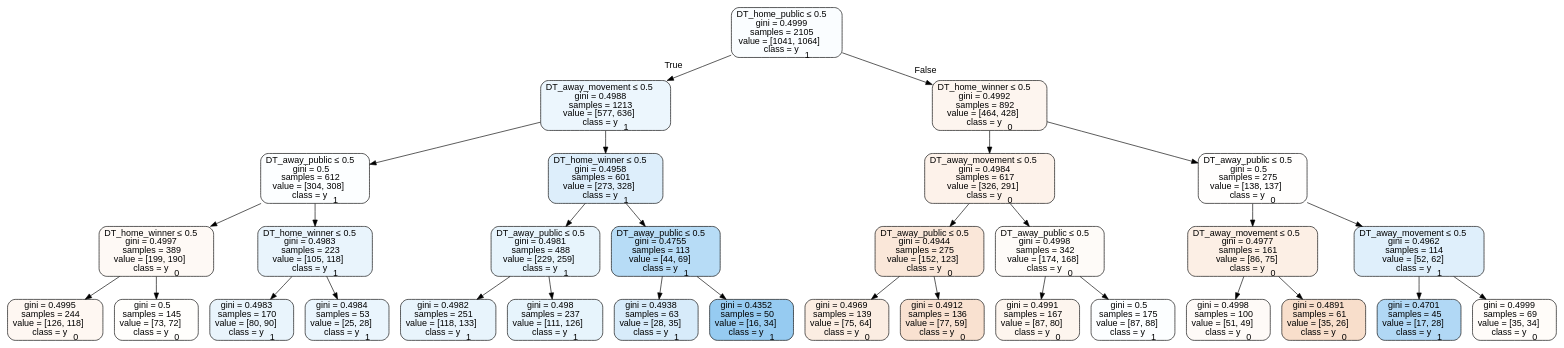
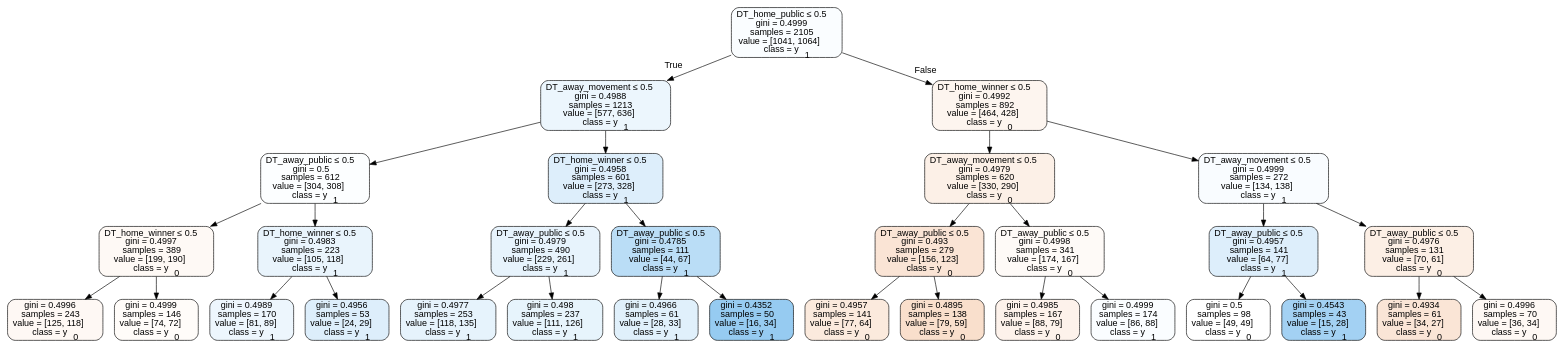
The diagram in tree_data/tree2017neutral.dot (usbogie/ncaa-bets), drawn with Graphviz before and after one commit. The commit also changed 27 other files, not shown here.

```diff
--- a/tree_data/tree2017neutral.dot
+++ b/tree_data/tree2017neutral.dot
@@ -1,65 +1,65 @@
 digraph Tree {
 node [shape=box, style="filled, rounded", color="black", fontname=helvetica] ;
 edge [fontname=helvetica] ;
 0 [label=<DT_home_public &le; 0.5<br/>gini = 0.4999<br/>samples = 2105<br/>value = [1041, 1064]<br/>class = y<SUB>1</SUB>>, fillcolor="#399de506"] ;
 1 [label=<DT_away_movement &le; 0.5<br/>gini = 0.4988<br/>samples = 1213<br/>value = [577, 636]<br/>class = y<SUB>1</SUB>>, fillcolor="#399de518"] ;
 0 -> 1 [labeldistance=2.5, labelangle=45, headlabel="True"] ;
 2 [label=<DT_away_public &le; 0.5<br/>gini = 0.5<br/>samples = 612<br/>value = [304, 308]<br/>class = y<SUB>1</SUB>>, fillcolor="#399de503"] ;
 1 -> 2 ;
 3 [label=<DT_home_winner &le; 0.5<br/>gini = 0.4997<br/>samples = 389<br/>value = [199, 190]<br/>class = y<SUB>0</SUB>>, fillcolor="#e581390c"] ;
 2 -> 3 ;
-4 [label=<gini = 0.4995<br/>samples = 244<br/>value = [126, 118]<br/>class = y<SUB>0</SUB>>, fillcolor="#e5813910"] ;
+4 [label=<gini = 0.4996<br/>samples = 243<br/>value = [125, 118]<br/>class = y<SUB>0</SUB>>, fillcolor="#e581390e"] ;
 3 -> 4 ;
-5 [label=<gini = 0.5<br/>samples = 145<br/>value = [73, 72]<br/>class = y<SUB>0</SUB>>, fillcolor="#e5813903"] ;
+5 [label=<gini = 0.4999<br/>samples = 146<br/>value = [74, 72]<br/>class = y<SUB>0</SUB>>, fillcolor="#e5813907"] ;
 3 -> 5 ;
 6 [label=<DT_home_winner &le; 0.5<br/>gini = 0.4983<br/>samples = 223<br/>value = [105, 118]<br/>class = y<SUB>1</SUB>>, fillcolor="#399de51c"] ;
 2 -> 6 ;
-7 [label=<gini = 0.4983<br/>samples = 170<br/>value = [80, 90]<br/>class = y<SUB>1</SUB>>, fillcolor="#399de51c"] ;
+7 [label=<gini = 0.4989<br/>samples = 170<br/>value = [81, 89]<br/>class = y<SUB>1</SUB>>, fillcolor="#399de517"] ;
 6 -> 7 ;
-8 [label=<gini = 0.4984<br/>samples = 53<br/>value = [25, 28]<br/>class = y<SUB>1</SUB>>, fillcolor="#399de51b"] ;
+8 [label=<gini = 0.4956<br/>samples = 53<br/>value = [24, 29]<br/>class = y<SUB>1</SUB>>, fillcolor="#399de52c"] ;
 6 -> 8 ;
 9 [label=<DT_home_winner &le; 0.5<br/>gini = 0.4958<br/>samples = 601<br/>value = [273, 328]<br/>class = y<SUB>1</SUB>>, fillcolor="#399de52b"] ;
 1 -> 9 ;
-10 [label=<DT_away_public &le; 0.5<br/>gini = 0.4981<br/>samples = 488<br/>value = [229, 259]<br/>class = y<SUB>1</SUB>>, fillcolor="#399de51e"] ;
+10 [label=<DT_away_public &le; 0.5<br/>gini = 0.4979<br/>samples = 490<br/>value = [229, 261]<br/>class = y<SUB>1</SUB>>, fillcolor="#399de51f"] ;
 9 -> 10 ;
-11 [label=<gini = 0.4982<br/>samples = 251<br/>value = [118, 133]<br/>class = y<SUB>1</SUB>>, fillcolor="#399de51d"] ;
+11 [label=<gini = 0.4977<br/>samples = 253<br/>value = [118, 135]<br/>class = y<SUB>1</SUB>>, fillcolor="#399de520"] ;
 10 -> 11 ;
 12 [label=<gini = 0.498<br/>samples = 237<br/>value = [111, 126]<br/>class = y<SUB>1</SUB>>, fillcolor="#399de51e"] ;
 10 -> 12 ;
-13 [label=<DT_away_public &le; 0.5<br/>gini = 0.4755<br/>samples = 113<br/>value = [44, 69]<br/>class = y<SUB>1</SUB>>, fillcolor="#399de55c"] ;
+13 [label=<DT_away_public &le; 0.5<br/>gini = 0.4785<br/>samples = 111<br/>value = [44, 67]<br/>class = y<SUB>1</SUB>>, fillcolor="#399de558"] ;
 9 -> 13 ;
-14 [label=<gini = 0.4938<br/>samples = 63<br/>value = [28, 35]<br/>class = y<SUB>1</SUB>>, fillcolor="#399de533"] ;
+14 [label=<gini = 0.4966<br/>samples = 61<br/>value = [28, 33]<br/>class = y<SUB>1</SUB>>, fillcolor="#399de527"] ;
 13 -> 14 ;
 15 [label=<gini = 0.4352<br/>samples = 50<br/>value = [16, 34]<br/>class = y<SUB>1</SUB>>, fillcolor="#399de587"] ;
 13 -> 15 ;
 16 [label=<DT_home_winner &le; 0.5<br/>gini = 0.4992<br/>samples = 892<br/>value = [464, 428]<br/>class = y<SUB>0</SUB>>, fillcolor="#e5813914"] ;
 0 -> 16 [labeldistance=2.5, labelangle=-45, headlabel="False"] ;
-17 [label=<DT_away_movement &le; 0.5<br/>gini = 0.4984<br/>samples = 617<br/>value = [326, 291]<br/>class = y<SUB>0</SUB>>, fillcolor="#e581391b"] ;
+17 [label=<DT_away_movement &le; 0.5<br/>gini = 0.4979<br/>samples = 620<br/>value = [330, 290]<br/>class = y<SUB>0</SUB>>, fillcolor="#e581391f"] ;
 16 -> 17 ;
-18 [label=<DT_away_public &le; 0.5<br/>gini = 0.4944<br/>samples = 275<br/>value = [152, 123]<br/>class = y<SUB>0</SUB>>, fillcolor="#e5813931"] ;
+18 [label=<DT_away_public &le; 0.5<br/>gini = 0.493<br/>samples = 279<br/>value = [156, 123]<br/>class = y<SUB>0</SUB>>, fillcolor="#e5813936"] ;
 17 -> 18 ;
-19 [label=<gini = 0.4969<br/>samples = 139<br/>value = [75, 64]<br/>class = y<SUB>0</SUB>>, fillcolor="#e5813925"] ;
+19 [label=<gini = 0.4957<br/>samples = 141<br/>value = [77, 64]<br/>class = y<SUB>0</SUB>>, fillcolor="#e581392b"] ;
 18 -> 19 ;
-20 [label=<gini = 0.4912<br/>samples = 136<br/>value = [77, 59]<br/>class = y<SUB>0</SUB>>, fillcolor="#e581393c"] ;
+20 [label=<gini = 0.4895<br/>samples = 138<br/>value = [79, 59]<br/>class = y<SUB>0</SUB>>, fillcolor="#e5813941"] ;
 18 -> 20 ;
-21 [label=<DT_away_public &le; 0.5<br/>gini = 0.4998<br/>samples = 342<br/>value = [174, 168]<br/>class = y<SUB>0</SUB>>, fillcolor="#e5813909"] ;
+21 [label=<DT_away_public &le; 0.5<br/>gini = 0.4998<br/>samples = 341<br/>value = [174, 167]<br/>class = y<SUB>0</SUB>>, fillcolor="#e581390a"] ;
 17 -> 21 ;
-22 [label=<gini = 0.4991<br/>samples = 167<br/>value = [87, 80]<br/>class = y<SUB>0</SUB>>, fillcolor="#e5813915"] ;
+22 [label=<gini = 0.4985<br/>samples = 167<br/>value = [88, 79]<br/>class = y<SUB>0</SUB>>, fillcolor="#e581391a"] ;
 21 -> 22 ;
-23 [label=<gini = 0.5<br/>samples = 175<br/>value = [87, 88]<br/>class = y<SUB>1</SUB>>, fillcolor="#399de503"] ;
+23 [label=<gini = 0.4999<br/>samples = 174<br/>value = [86, 88]<br/>class = y<SUB>1</SUB>>, fillcolor="#399de506"] ;
 21 -> 23 ;
-24 [label=<DT_away_public &le; 0.5<br/>gini = 0.5<br/>samples = 275<br/>value = [138, 137]<br/>class = y<SUB>0</SUB>>, fillcolor="#e5813902"] ;
+24 [label=<DT_away_movement &le; 0.5<br/>gini = 0.4999<br/>samples = 272<br/>value = [134, 138]<br/>class = y<SUB>1</SUB>>, fillcolor="#399de507"] ;
 16 -> 24 ;
-25 [label=<DT_away_movement &le; 0.5<br/>gini = 0.4977<br/>samples = 161<br/>value = [86, 75]<br/>class = y<SUB>0</SUB>>, fillcolor="#e5813921"] ;
+25 [label=<DT_away_public &le; 0.5<br/>gini = 0.4957<br/>samples = 141<br/>value = [64, 77]<br/>class = y<SUB>1</SUB>>, fillcolor="#399de52b"] ;
 24 -> 25 ;
-26 [label=<gini = 0.4998<br/>samples = 100<br/>value = [51, 49]<br/>class = y<SUB>0</SUB>>, fillcolor="#e581390a"] ;
+26 [label=<gini = 0.5<br/>samples = 98<br/>value = [49, 49]<br/>class = y<SUB>0</SUB>>, fillcolor="#e5813900"] ;
 25 -> 26 ;
-27 [label=<gini = 0.4891<br/>samples = 61<br/>value = [35, 26]<br/>class = y<SUB>0</SUB>>, fillcolor="#e5813942"] ;
+27 [label=<gini = 0.4543<br/>samples = 43<br/>value = [15, 28]<br/>class = y<SUB>1</SUB>>, fillcolor="#399de576"] ;
 25 -> 27 ;
-28 [label=<DT_away_movement &le; 0.5<br/>gini = 0.4962<br/>samples = 114<br/>value = [52, 62]<br/>class = y<SUB>1</SUB>>, fillcolor="#399de529"] ;
+28 [label=<DT_away_public &le; 0.5<br/>gini = 0.4976<br/>samples = 131<br/>value = [70, 61]<br/>class = y<SUB>0</SUB>>, fillcolor="#e5813921"] ;
 24 -> 28 ;
-29 [label=<gini = 0.4701<br/>samples = 45<br/>value = [17, 28]<br/>class = y<SUB>1</SUB>>, fillcolor="#399de564"] ;
+29 [label=<gini = 0.4934<br/>samples = 61<br/>value = [34, 27]<br/>class = y<SUB>0</SUB>>, fillcolor="#e5813934"] ;
 28 -> 29 ;
-30 [label=<gini = 0.4999<br/>samples = 69<br/>value = [35, 34]<br/>class = y<SUB>0</SUB>>, fillcolor="#e5813907"] ;
+30 [label=<gini = 0.4996<br/>samples = 70<br/>value = [36, 34]<br/>class = y<SUB>0</SUB>>, fillcolor="#e581390e"] ;
 28 -> 30 ;
 }
```
